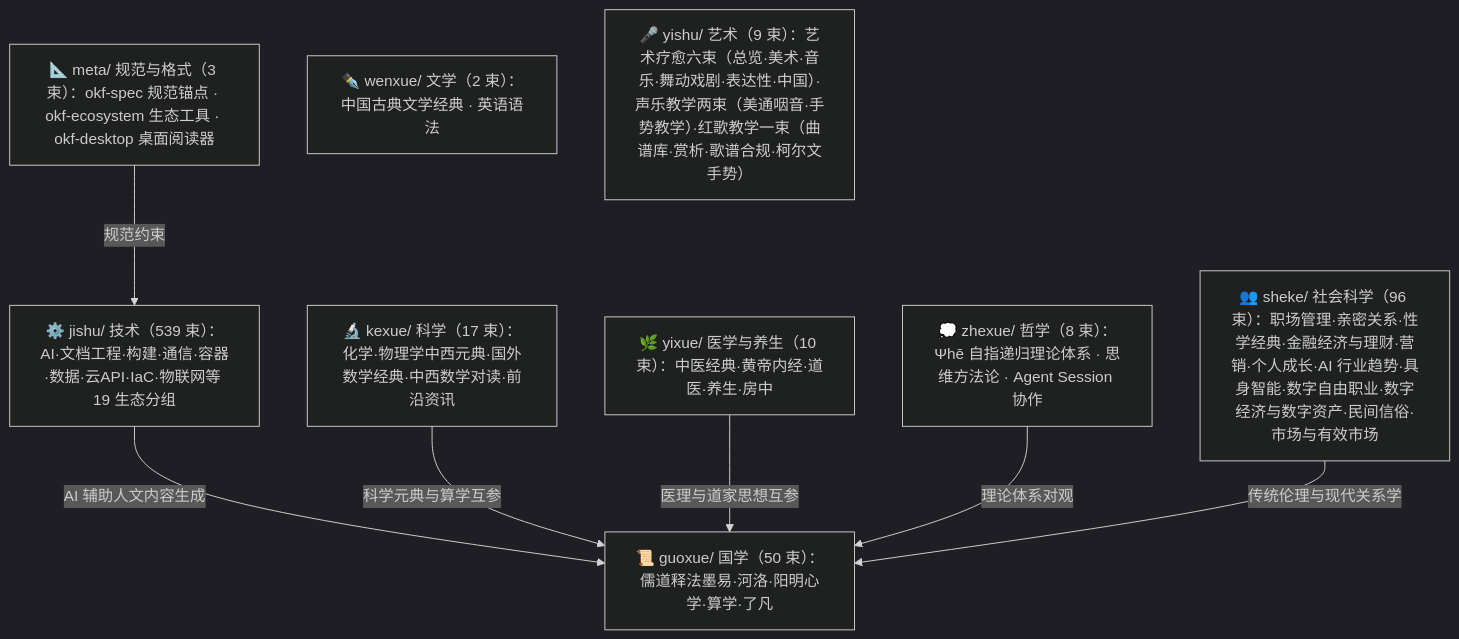
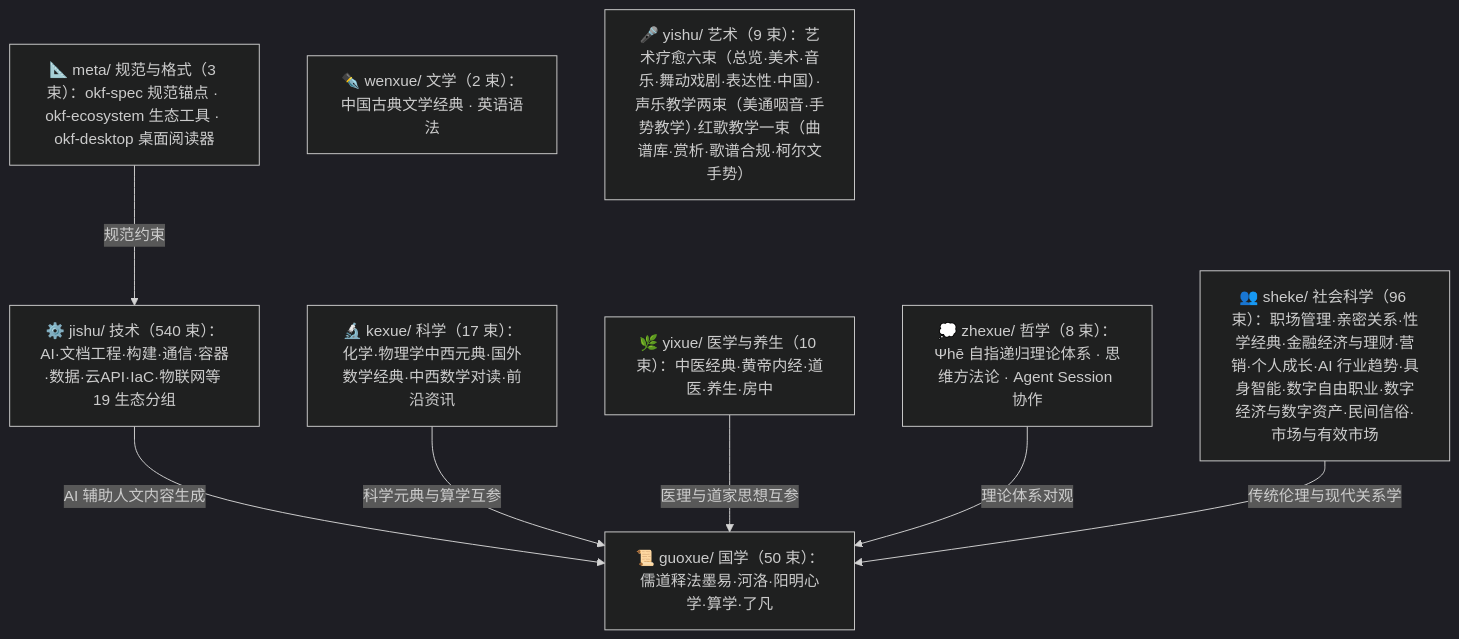
The diagram in doc/bundles/index.md (awesome-flexloop/awesome-okf), drawn with Mermaid (dark theme) before and after one commit. The commit also changed other lines of this file and 28 other files, not shown here.

````diff
--- a/doc/bundles/index.md
+++ b/doc/bundles/index.md
@@ -21,18 +21,18 @@
 ```mermaid
 flowchart TD
     meta["📐 meta/ 规范与格式（3 束）：okf-spec 规范锚点 · okf-ecosystem 生态工具 · okf-desktop 桌面阅读器"]
     guoxue["📜 guoxue/ 国学（50 束）：儒道释法墨易·河洛·阳明心学·算学·了凡"]
     zhexue["💭 zhexue/ 哲学（8 束）：Ψhē 自指递归理论体系 · 思维方法论 · Agent Session 协作"]
     kexue["🔬 kexue/ 科学（17 束）：化学·物理学中西元典·国外数学经典·中西数学对读·前沿资讯"]
     wenxue["✒️ wenxue/ 文学（2 束）：中国古典文学经典 · 英语语法"]
     yixue["🌿 yixue/ 医学与养生（10 束）：中医经典·黄帝内经·道医·养生·房中"]
     sheke["👥 sheke/ 社会科学（96 束）：职场管理·亲密关系·性学经典·金融经济与理财·营销·个人成长·AI 行业趋势·具身智能·数字自由职业·数字经济与数字资产·民间信俗·市场与有效市场"]
     yishu["🎤 yishu/ 艺术（9 束）：艺术疗愈六束（总览·美术·音乐·舞动戏剧·表达性·中国）·声乐教学两束（美通咽音·手势教学）·红歌教学一束（曲谱库·赏析·歌谱合规·柯尔文手势）"]
-    jishu["⚙️ jishu/ 技术（539 束）：AI·文档工程·构建·通信·容器·数据·云API·IaC·物联网等 19 生态分组"]
+    jishu["⚙️ jishu/ 技术（540 束）：AI·文档工程·构建·通信·容器·数据·云API·IaC·物联网等 19 生态分组"]
     meta -->|"规范约束"| jishu
     jishu -->|"AI 辅助人文内容生成"| guoxue
     kexue -->|"科学元典与算学互参"| guoxue
     yixue -->|"医理与道家思想互参"| guoxue
     zhexue -->|"理论体系对观"| guoxue
     sheke -->|"传统伦理与现代关系学"| guoxue
 ```
````
